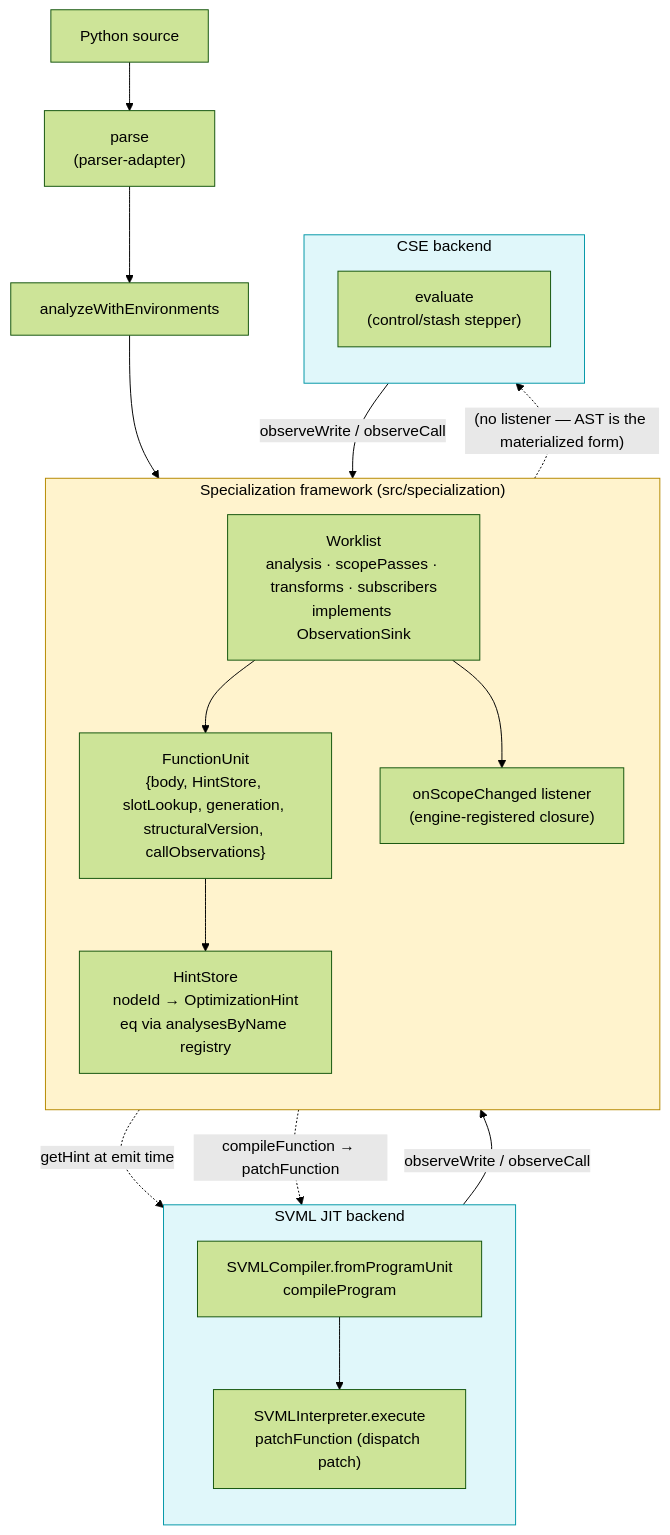
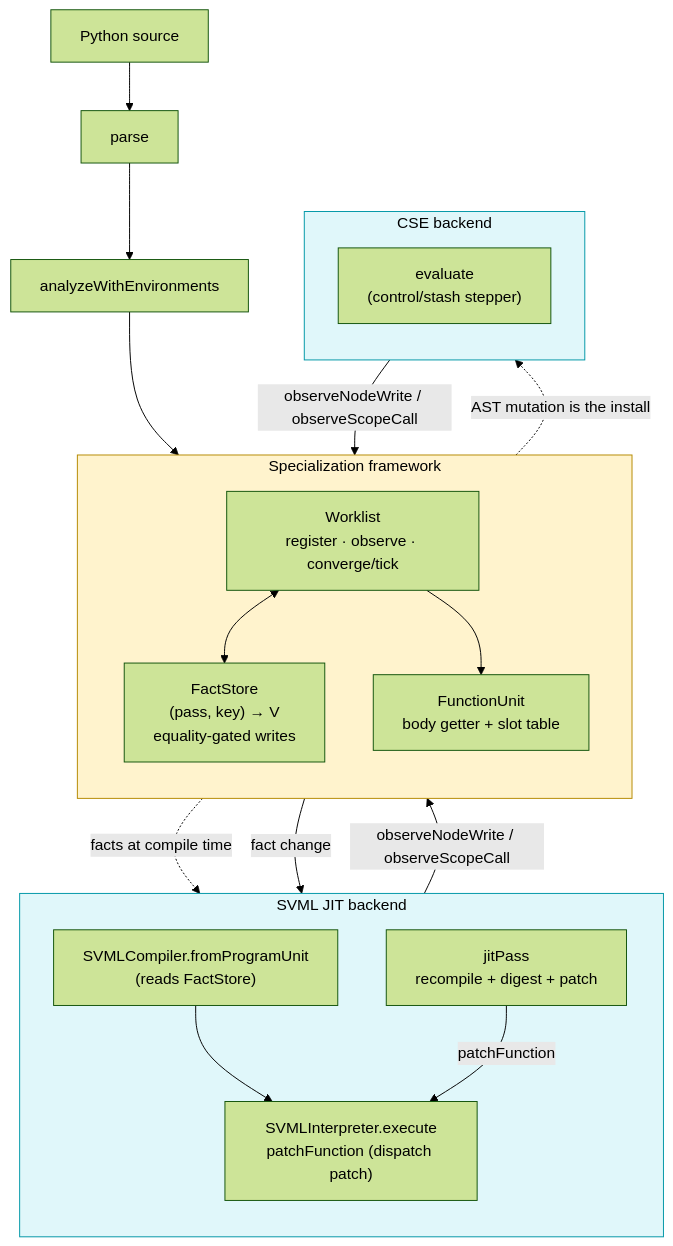
One commit to loyaltypollution/py-slang changed the sixth of 6 diagrams in docs/compilation-flow.md. Above: the diagram before and after it, drawn with Mermaid (forest theme). The commit also changed other lines of this file and 48 other files, not shown here.

````diff
--- a/docs/compilation-flow.md
+++ b/docs/compilation-flow.md
@@ -365,41 +324,41 @@
 ```mermaid
 flowchart TB
     SRC["Python source"]
-    PARSE["parse<br/>(parser-adapter)"]
+    PARSE["parse"]
     RESOLVE["analyzeWithEnvironments"]
     SRC --> PARSE --> RESOLVE
 
-    subgraph SPEC["Specialization framework (src/specialization)"]
+    subgraph SPEC["Specialization framework"]
       direction TB
-      WL["Worklist<br/>analysis · scopePasses · transforms · subscribers<br/>implements ObservationSink"]
-      UNIT["FunctionUnit<br/>{body, HintStore, slotLookup, generation, structuralVersion, callObservations}"]
-      HS["HintStore<br/>nodeId → OptimizationHint<br/>eq via analysesByName registry"]
-      OSC["onScopeChanged listener<br/>(engine-registered closure)"]
-      WL --> UNIT
-      UNIT --> HS
-      WL --> OSC
+      WL["Worklist<br/>register · observe · converge/tick"]
+      FS["FactStore<br/>(pass, key) → V<br/>equality-gated writes"]
+      UNITS["FunctionUnit<br/>body getter + slot table"]
+      WL <--> FS
+      WL --> UNITS
     end
     RESOLVE --> WL
 
     subgraph SVML["SVML JIT backend"]
       direction TB
-      COMP["SVMLCompiler.fromProgramUnit<br/>compileProgram"]
+      COMP["SVMLCompiler.fromProgramUnit<br/>(reads FactStore)"]
       INT["SVMLInterpreter.execute<br/>patchFunction (dispatch patch)"]
+      JITP["jitPass<br/>recompile + digest + patch"]
       COMP --> INT
+      JITP -- "patchFunction" --> INT
     end
-    UNIT -. "getHint at emit time" .-> COMP
-    OSC -. "compileFunction → patchFunction" .-> INT
-    INT -- "observeWrite / observeCall" --> WL
+    FS -. "facts at compile time" .-> COMP
+    INT -- "observeNodeWrite / observeScopeCall" --> WL
+    FS -- "fact change" --> JITP
 
     subgraph CSE["CSE backend"]
       direction TB
       EXEC["evaluate<br/>(control/stash stepper)"]
     end
-    WL -. "(no listener — AST is the materialized form)" .-> EXEC
-    EXEC -- "observeWrite / observeCall" --> WL
+    WL -. "AST mutation is the install" .-> EXEC
+    EXEC -- "observeNodeWrite / observeScopeCall" --> WL
 
     classDef engine fill:#fff3cd,stroke:#b58900,color:#000;
     classDef backend fill:#e0f7fa,stroke:#0097a7,color:#000;
     class SPEC engine;
     class SVML,CSE backend;
 ```
````
